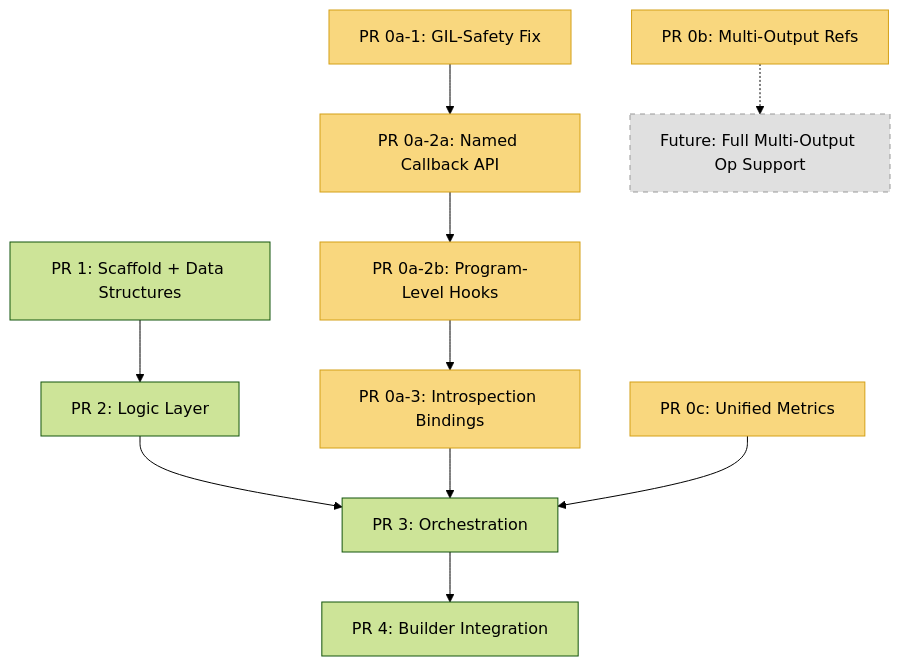
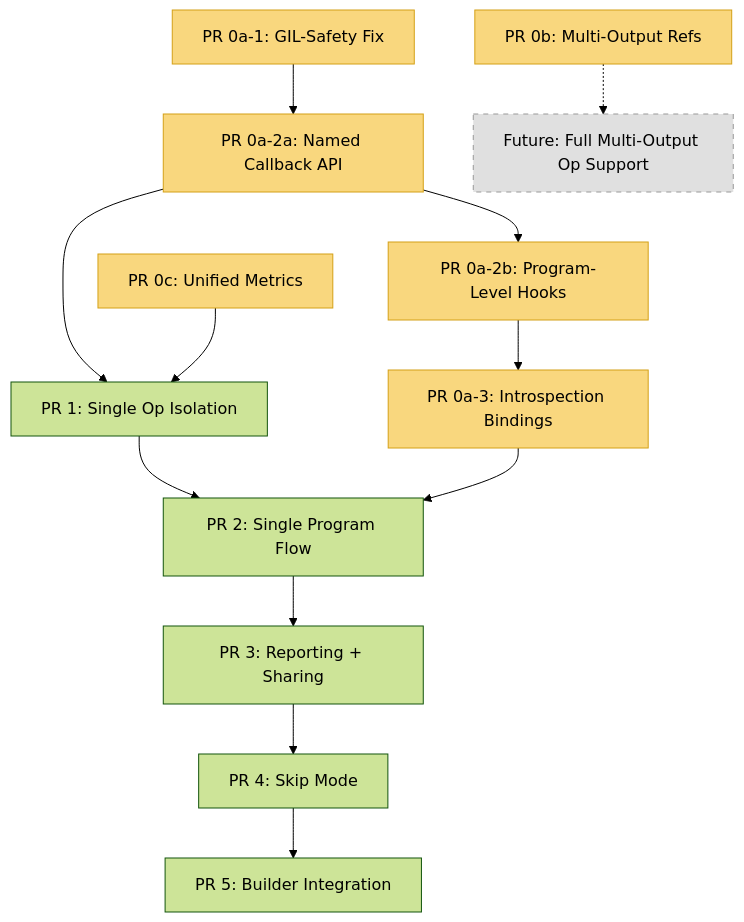
One commit to tenstorrent/tt-mlir changed the diagram in tools/chisel/docs/implementation_plan.md. Above: the diagram before and after it, drawn with Mermaid (forest theme). The commit also changed other lines of this file and 22 other files, not shown here.

````diff
--- a/tools/chisel/docs/implementation_plan.md
+++ b/tools/chisel/docs/implementation_plan.md
@@ -36,20 +37,22 @@
 ```mermaid
 graph TD
     PR0a1["PR 0a-1: GIL-Safety Fix"] --> PR0a2a["PR 0a-2a: Named Callback API"]
     PR0a2a --> PR0a2b["PR 0a-2b: Program-Level Hooks"]
     PR0a2b --> PR0a3["PR 0a-3: Introspection Bindings"]
-    PR1["PR 1: Scaffold + Data Structures"] --> PR2["PR 2: Logic Layer"]
-    PR2 --> PR3["PR 3: Orchestration"]
-    PR0a3 --> PR3
-    PR0c["PR 0c: Unified Metrics"] --> PR3
-    PR3 --> PR4["PR 4: Builder Integration"]
+    PR0a2a --> PR1["PR 1: Single Op Isolation"]
+    PR0c["PR 0c: Unified Metrics"] --> PR1
+    PR1 --> PR2["PR 2: Single Program Flow"]
+    PR0a3 --> PR2
+    PR2 --> PR3["PR 3: Reporting + Sharing"]
+    PR3 --> PR4["PR 4: Skip Mode"]
+    PR4 --> PR5["PR 5: Builder Integration"]
     PR0b["PR 0b: Multi-Output Refs"] -.-> Future["Future: Full Multi-Output Op Support"]
 
     style PR0a1 fill:#f9d77e,stroke:#d4a017
     style PR0a2a fill:#f9d77e,stroke:#d4a017
     style PR0a2b fill:#f9d77e,stroke:#d4a017
     style PR0a3 fill:#f9d77e,stroke:#d4a017
     style PR0b fill:#f9d77e,stroke:#d4a017
     style PR0c fill:#f9d77e,stroke:#d4a017
     style Future fill:#e0e0e0,stroke:#999,stroke-dasharray: 5 5
 ```
````
